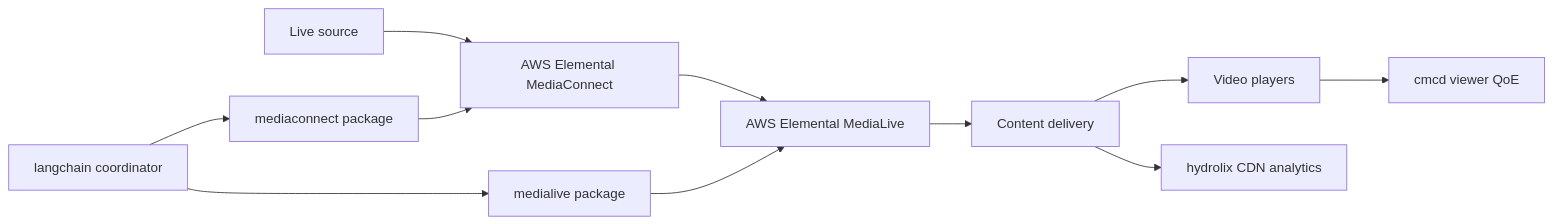
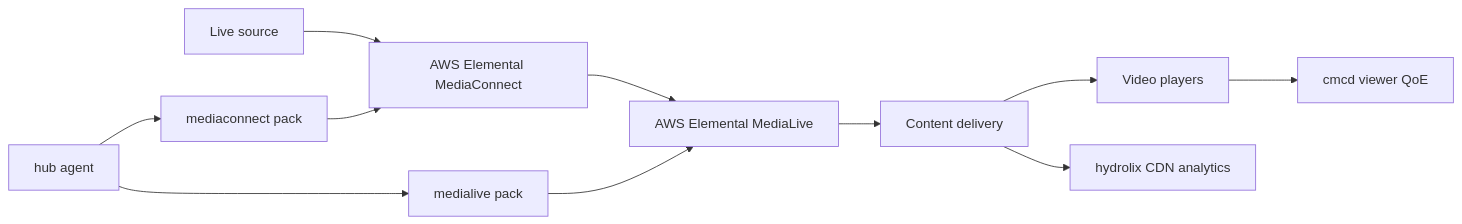
Before and after one commit to aws-samples/sample-agentic-video-operations: the diagram in README.md, drawn with Mermaid. The commit also changed other lines of this file and 203 other files, not shown here.

````diff
--- a/README.md
+++ b/README.md
@@ -33,15 +68,15 @@
 ```mermaid
 flowchart LR
     Source[Live source] --> MC[AWS Elemental MediaConnect]
     MC --> ML[AWS Elemental MediaLive]
     ML --> CDN[Content delivery]
     CDN --> Players[Video players]
 
-    Langchain[langchain coordinator] --> MCPkg[mediaconnect package]
-    Langchain --> MLPkg[medialive package]
+    Hub[hub agent] --> MCPkg[mediaconnect pack]
+    Hub --> MLPkg[medialive pack]
     MCPkg --> MC
     MLPkg --> ML
 
     Players --> CMCD[cmcd viewer QoE]
     CDN --> Hydrolix[hydrolix CDN analytics]
 ```
````
